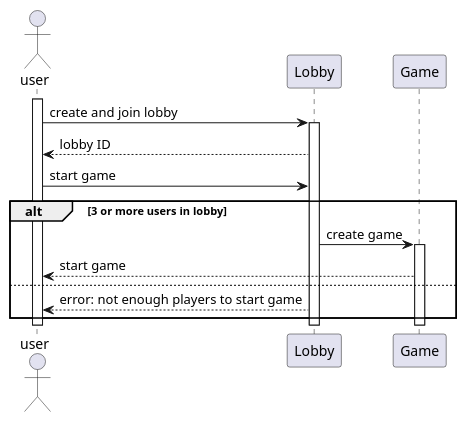
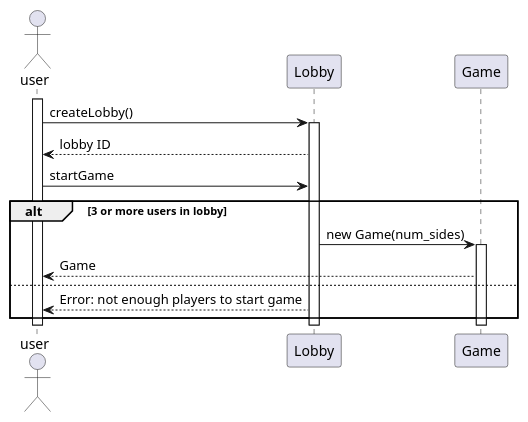
Before and after one commit to PolyPong/PolyPong: the diagram in doc/sequencediagrams/fr3.puml, drawn with PlantUML. The commit also changed other lines of this file, not shown here.

Commit message:
final fr3 hopefully

```diff
--- a/doc/sequencediagrams/fr3.puml
+++ b/doc/sequencediagrams/fr3.puml
@@ -1,20 +1,22 @@
+@startuml
 actor user
 
 participant Lobby as L
 participant Game as G
 activate user
 
-        user -> L: create and join lobby
+        user -> L: createLobby()
         activate L
                 L --> user: lobby ID
-                user -> L: start game
+                user -> L: startGame
                 alt 3 or more users in lobby
-                        L -> G : create game
+                        L -> G : new Game(num_sides)
                         activate G
-                        G --> user: start game
+                        G --> user: Game
                         else
-                                L --> user: error: not enough players to start game
+                                L --> user: Error: not enough players to start game
                                 end
         deactivate L
                 deactivate G
 deactivate user
+@enduml
```
